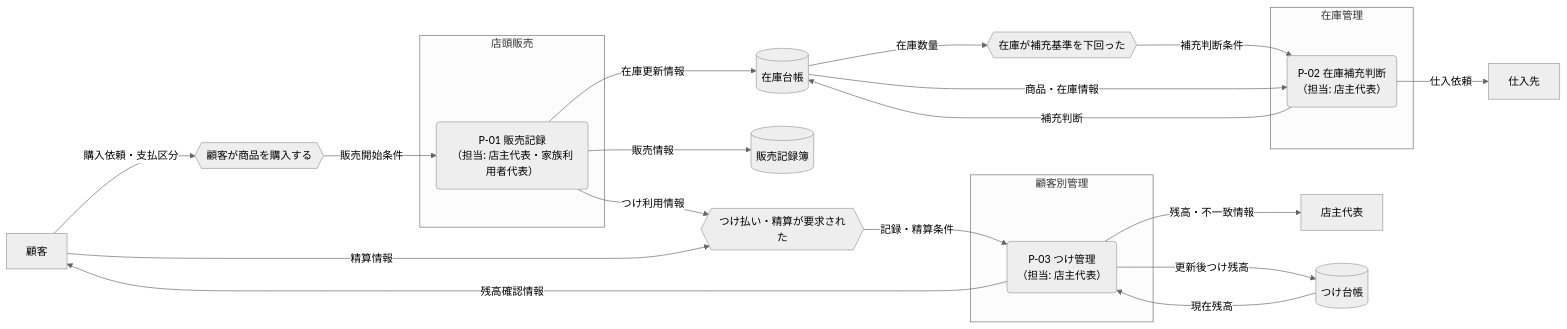
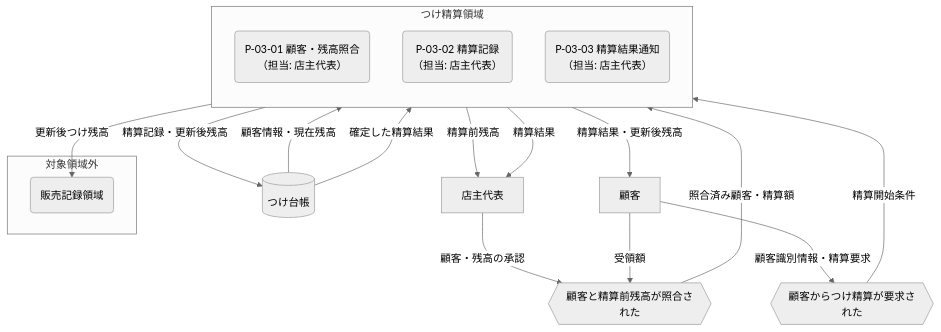
Before and after one commit to specdojo/specdojo: the diagram in docs/ja/specdojo/samples/cdfd-sample.md, drawn with Mermaid (neutral theme). The commit also changed other lines of this file and 5 other files, not shown here.

Commit message:
exec(T-DATA-FLOW-cdfd-init-005): apply task changes

````diff
--- a/docs/ja/specdojo/samples/cdfd-sample.md
+++ b/docs/ja/specdojo/samples/cdfd-sample.md
@@ -33,45 +34,33 @@
 ```mermaid
-flowchart LR
+flowchart TB
   顧客["顧客"]
-  仕入先["仕入先"]
   店主代表["店主代表"]
+  精算要求{{"顧客からつけ精算が要求された"}}
+  残高承認{{"顧客と精算前残高が照合された"}}
 
-  購入要求{{"顧客が商品を購入する"}}
-  補充基準割れ{{"在庫が補充基準を下回った"}}
-  つけ要求{{"つけ払い・精算が要求された"}}
-
-  subgraph 店頭販売["店頭販売"]
-    販売記録("P-01 販売記録<br>（担当: 店主代表・家族利用者代表）")
+  subgraph つけ精算["つけ精算領域"]
+    direction TB
+    顧客残高照合("P-03-01 顧客・残高照合<br>（担当: 店主代表）")
+    精算記録("P-03-02 精算記録<br>（担当: 店主代表）")
+    精算結果通知("P-03-03 精算結果通知<br>（担当: 店主代表）")
   end
 
-  subgraph 在庫管理["在庫管理"]
-    在庫補充判断("P-02 在庫補充判断<br>（担当: 店主代表）")
+  つけ台帳[("つけ台帳")]
+
+  subgraph 領域外["対象領域外"]
+    販売記録("販売記録領域")
   end
 
-  subgraph 顧客別管理["顧客別管理"]
-    つけ管理("P-03 つけ管理<br>（担当: 店主代表）")
-  end
-
-  販売記録簿[("販売記録簿")]
-  在庫台帳[("在庫台帳")]
-  つけ台帳[("つけ台帳")]
-
-  顧客 -->|"購入依頼・支払区分"| 購入要求
-  購入要求 -->|"販売開始条件"| 販売記録
-  販売記録 -->|"販売情報"| 販売記録簿
-  販売記録 -->|"在庫更新情報"| 在庫台帳
-  販売記録 -->|"つけ利用情報"| つけ要求
-
-  在庫台帳 -->|"在庫数量"| 補充基準割れ
-  補充基準割れ -->|"補充判断条件"| 在庫補充判断
-  在庫台帳 -->|"商品・在庫情報"| 在庫補充判断
-  在庫補充判断 -->|"補充判断"| 在庫台帳
-  在庫補充判断 -->|"仕入依頼"| 仕入先
-
-  顧客 -->|"精算情報"| つけ要求
-  つけ要求 -->|"記録・精算条件"| つけ管理
-  つけ台帳 -->|"現在残高"| つけ管理
-  つけ管理 -->|"更新後つけ残高"| つけ台帳
-  つけ管理 -->|"残高確認情報"| 顧客
-  つけ管理 -->|"残高・不一致情報"| 店主代表
+  顧客 -->|"顧客識別情報・精算要求"| 精算要求
+  精算要求 -->|"精算開始条件"| 顧客残高照合
+  つけ台帳 -->|"顧客情報・現在残高"| 顧客残高照合
+  顧客残高照合 -->|"精算前残高"| 店主代表
+  店主代表 -->|"顧客・残高の承認"| 残高承認
+  顧客 -->|"受領額"| 残高承認
+  残高承認 -->|"照合済み顧客・精算額"| 精算記録
+  精算記録 -->|"精算記録・更新後残高"| つけ台帳
+  つけ台帳 -->|"確定した精算結果"| 精算結果通知
+  精算結果通知 -->|"精算結果・更新後残高"| 顧客
+  精算結果通知 -->|"精算結果"| 店主代表
+  精算結果通知 -->|"更新後つけ残高"| 販売記録
 ```
````
